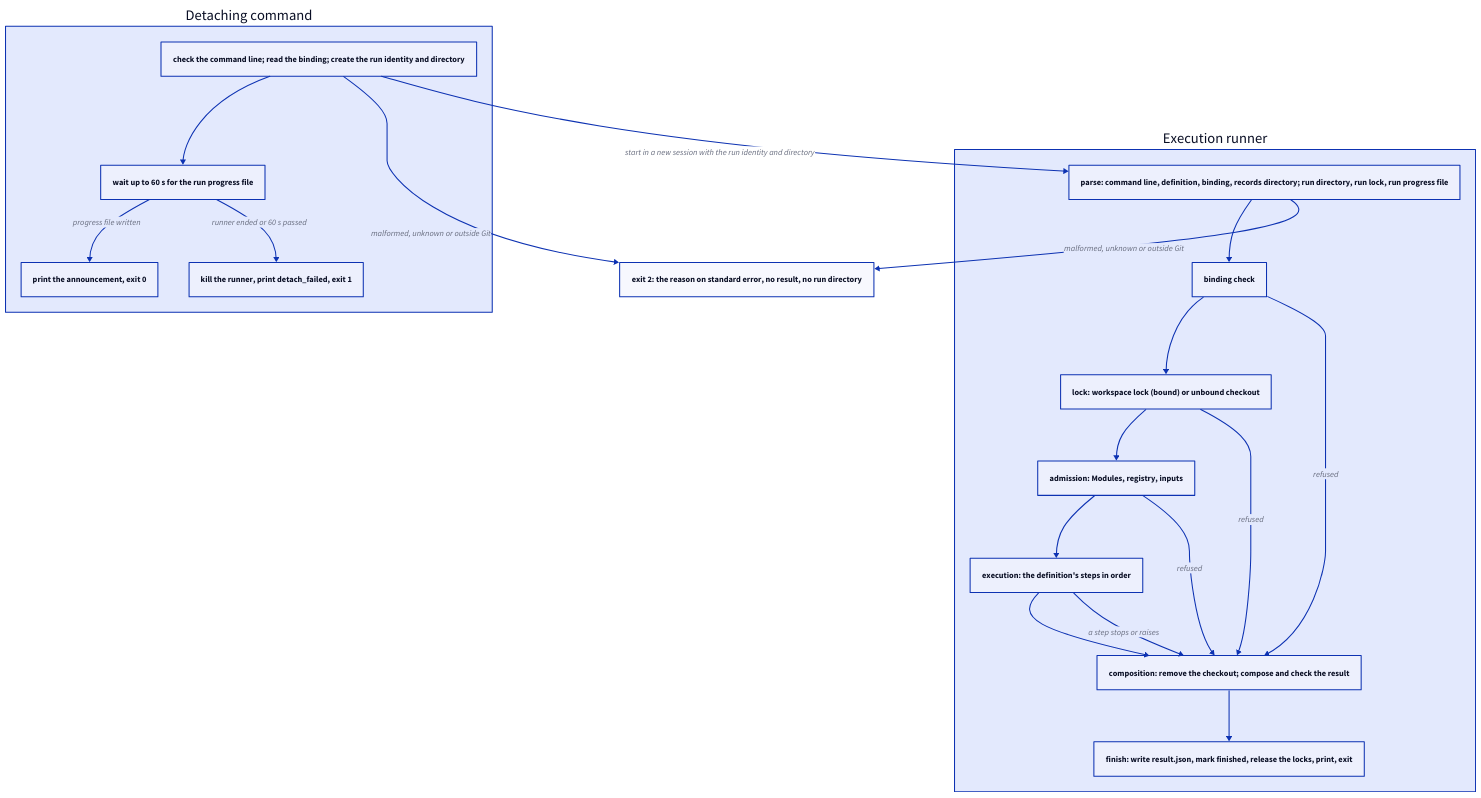
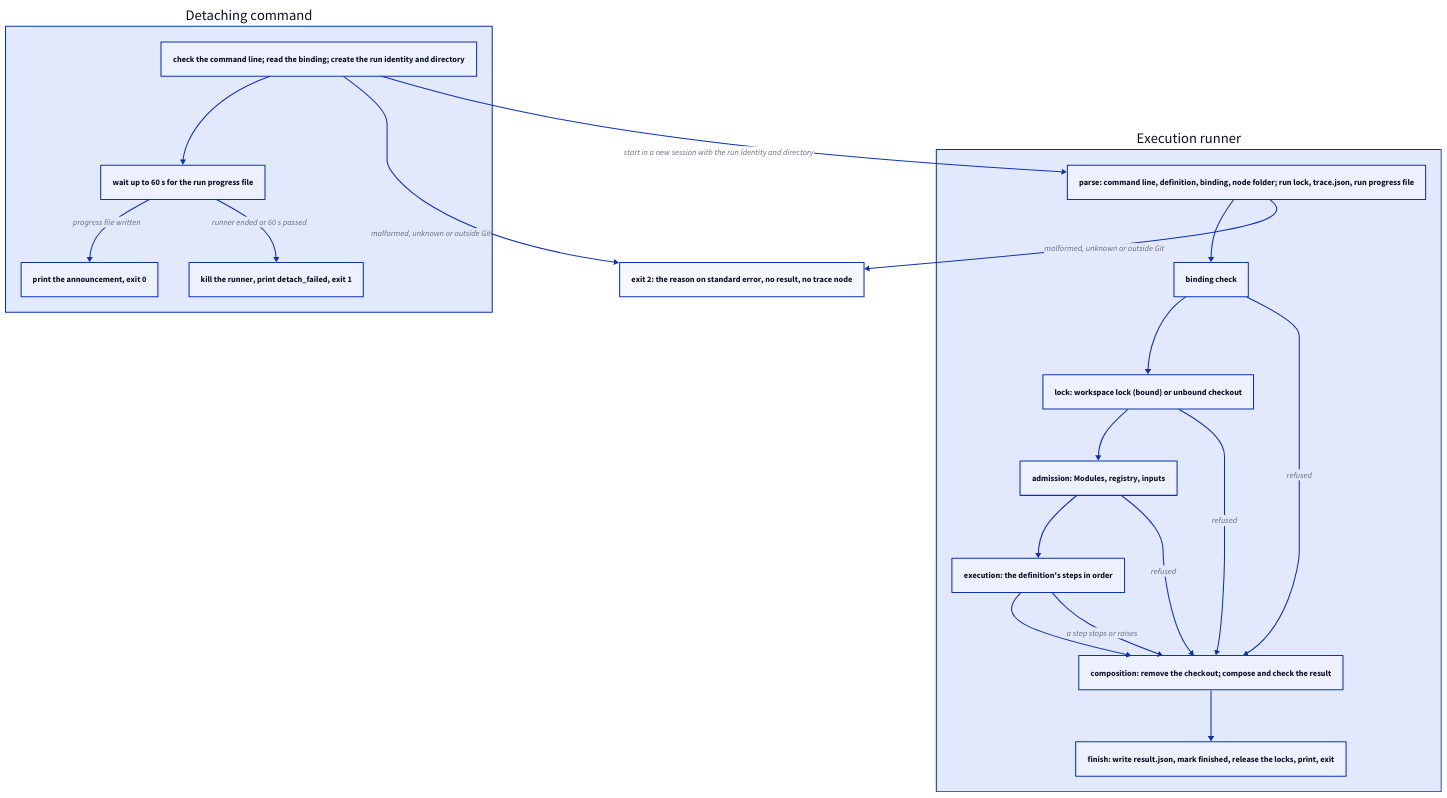
The diagram in specs/concorde/execution/runner.md (FTOD/concorde), drawn with D2 before and after one commit. The commit also changed other lines of this file and 39 other files, not shown here.

````diff
--- a/specs/concorde/execution/runner.md
+++ b/specs/concorde/execution/runner.md
@@ -79,30 +99,30 @@
 ```d2 illustrative
 direction: down
-exit2: "exit 2: the reason on standard error, no result, no run directory"
+exit2: "exit 2: the reason on standard error, no result, no trace node"
 launcher: "Detaching command" {
   check: "check the command line; read the binding; create the run identity and directory"
   wait: "wait up to 60 s for the run progress file"
   announce: "print the announcement, exit 0"
   kill: "kill the runner, print detach_failed, exit 1"
   check -> wait
   wait -> announce: progress file written
   wait -> kill: runner ended or 60 s passed
 }
 runner: "Execution runner" {
-  parse: "parse: command line, definition, binding, records directory; run directory, run lock, run progress file"
+  parse: "parse: command line, definition, binding, node folder; run lock, trace.json, run progress file"
   binding: "binding check"
   lock: "lock: workspace lock (bound) or unbound checkout"
   admission: "admission: Modules, registry, inputs"
   execution: "execution: the definition's steps in order"
   composition: "composition: remove the checkout; compose and check the result"
   finish: "finish: write result.json, mark finished, release the locks, print, exit"
   parse -> binding -> lock -> admission -> execution -> composition -> finish
   binding -> composition: refused
   lock -> composition: refused
   admission -> composition: refused
   execution -> composition: a step stops or raises
 }
 runner.parse -> exit2: malformed, unknown or outside Git
 launcher.check -> exit2: malformed, unknown or outside Git
 launcher.check -> runner.parse: start in a new session with the run identity and directory
 ```
````
